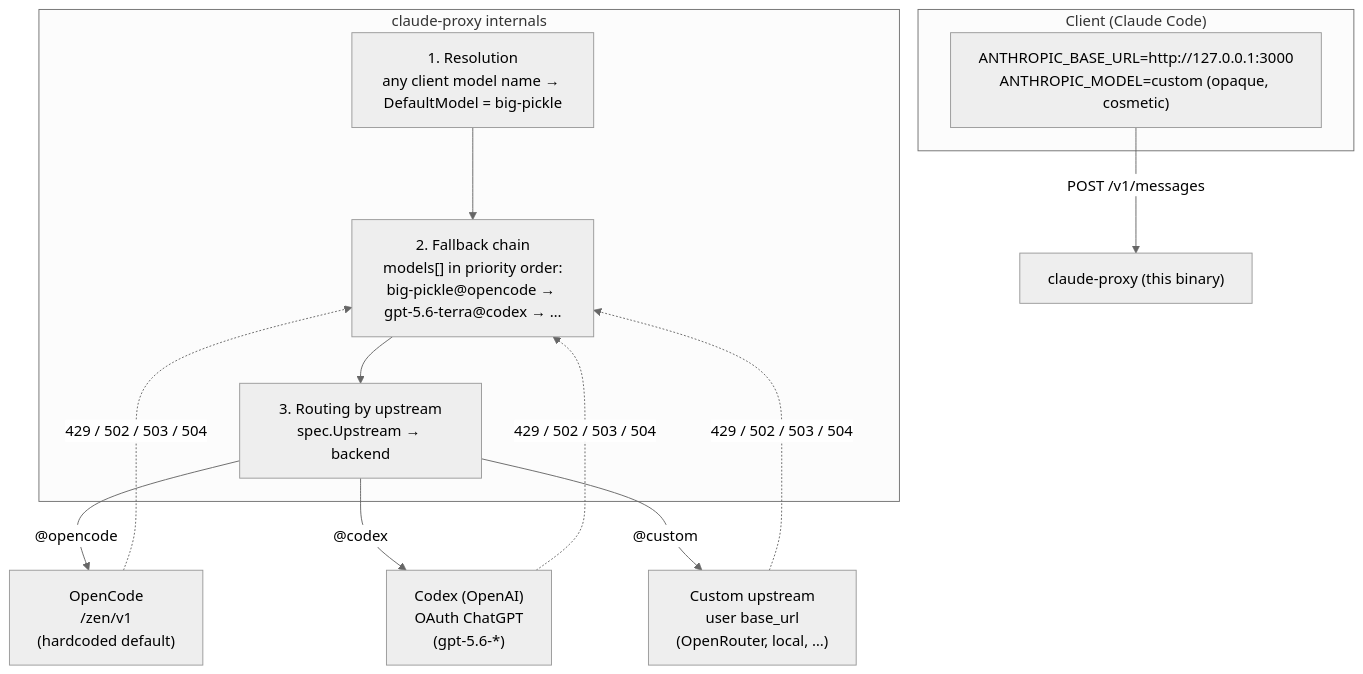
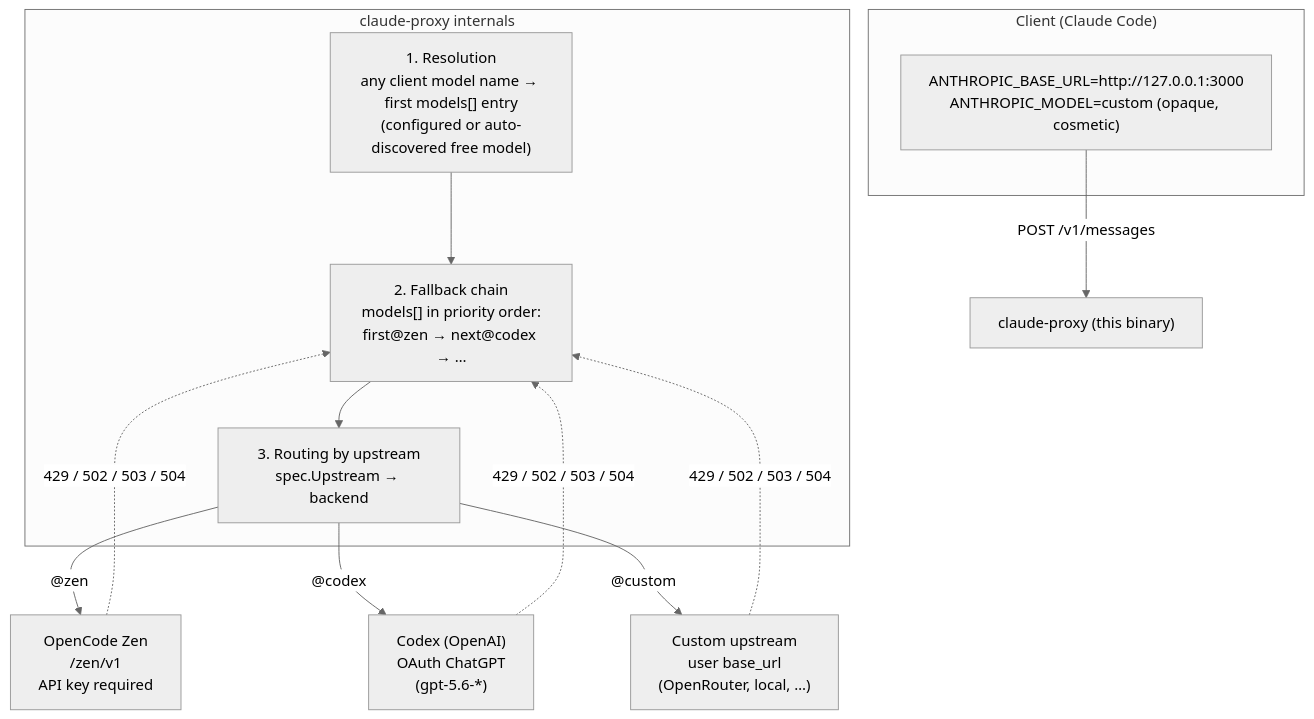
The diagram in README.md (PHD59fr/claude-proxy), drawn with Mermaid (neutral theme) before and after one commit. The commit also changed other lines of this file and 61 other files, not shown here.

````diff
--- a/README.md
+++ b/README.md
@@ -27,23 +27,23 @@
 ```mermaid
 flowchart TD
     subgraph Client["Client (Claude Code)"]
         CC["ANTHROPIC_BASE_URL=http://127.0.0.1:3000<br/>ANTHROPIC_MODEL=custom (opaque, cosmetic)"]
     end
 
     CC -->|POST /v1/messages| PROXY["claude-proxy (this binary)"]
 
     subgraph Proxy["claude-proxy internals"]
-        RES["1. Resolution<br/>any client model name → DefaultModel = big-pickle"]
-        FB["2. Fallback chain<br/>models[] in priority order:<br/>big-pickle@opencode → gpt-5.6-terra@codex → …"]
+        RES["1. Resolution<br/>any client model name → first models[] entry<br/>(configured or auto-discovered free model)"]
+        FB["2. Fallback chain<br/>models[] in priority order:<br/>first@zen → next@codex → …"]
         RT["3. Routing by upstream<br/>spec.Upstream → backend"]
         RES --> FB --> RT
     end
 
-    RT -->|"@opencode"| OC["OpenCode<br/>/zen/v1<br/>(hardcoded default)"]
+    RT -->|"@zen"| OC["OpenCode Zen<br/>/zen/v1<br/>API key required"]
     RT -->|"@codex"| CX["Codex (OpenAI)<br/>OAuth ChatGPT<br/>(gpt-5.6-*)"]
     RT -->|"@custom"| CU["Custom upstream<br/>user base_url<br/>(OpenRouter, local, …)"]
 
     OC -.->|429 / 502 / 503 / 504| FB
     CX -.->|429 / 502 / 503 / 504| FB
     CU -.->|429 / 502 / 503 / 504| FB
 ```
````
